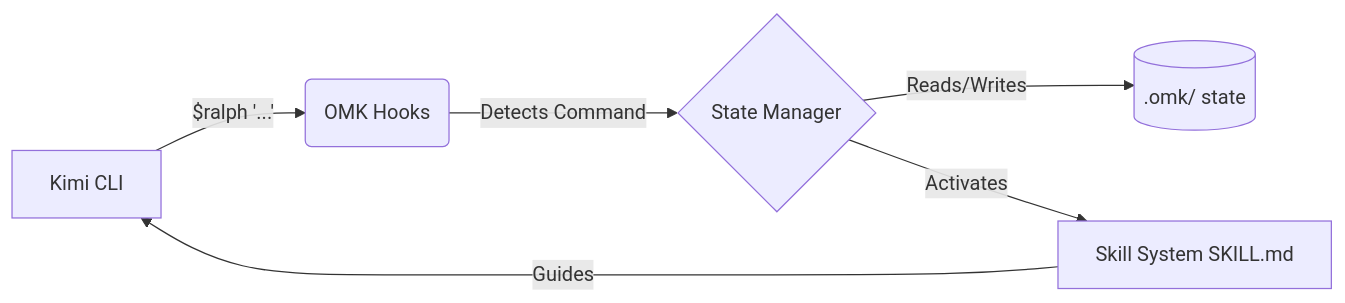
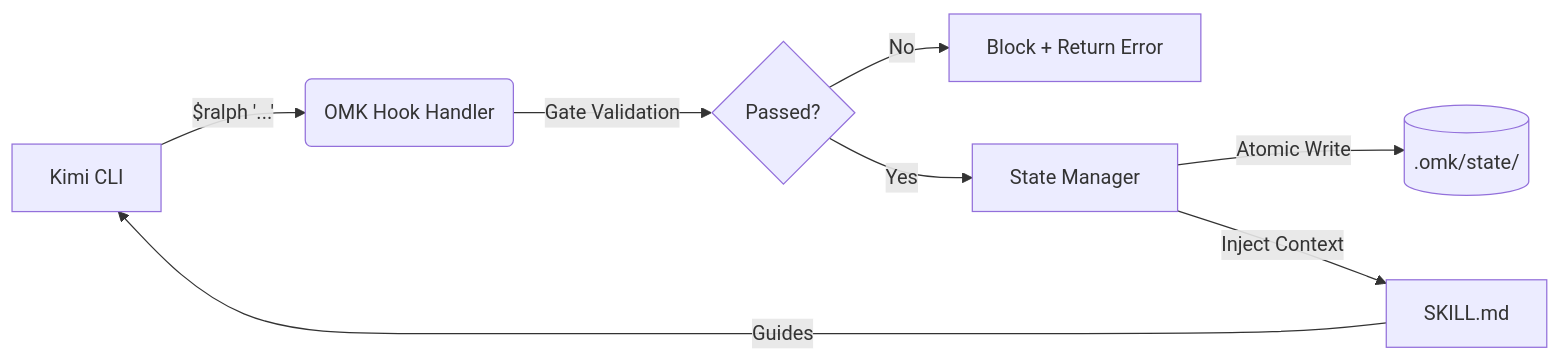
The diagram in README.md (Goblin1024/oh-my-kimi), drawn with Mermaid before and after one commit. The commit also changed other lines of this file and 1 other file, not shown here.

````diff
--- a/README.md
+++ b/README.md
@@ -226,8 +201,10 @@
 ```mermaid
 graph LR
-    A[Kimi CLI] -- "$ralph '...'" --> B(OMK Hooks)
-    B -- Detects Command --> C{State Manager}
-    C -- Reads/Writes --> D[(.omk/ state)]
-    C -- Activates --> E[Skill System SKILL.md]
-    E -- Guides --> A
+    A[Kimi CLI] -- "$ralph '...'" --> B(OMK Hook Handler)
+    B -- Gate Validation --> C{Passed?}
+    C -- No --> D[Block + Return Error]
+    C -- Yes --> E[State Manager]
+    E -- Atomic Write --> F[(.omk/state/)]
+    E -- Inject Context --> G[SKILL.md]
+    G -- Guides --> A
 ```
````
